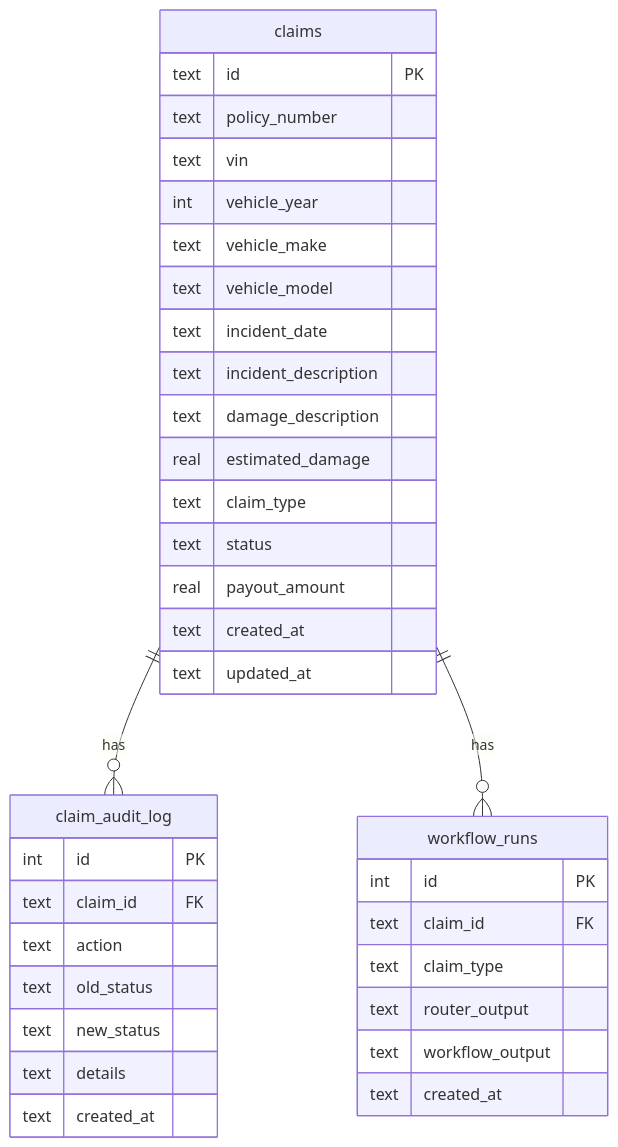
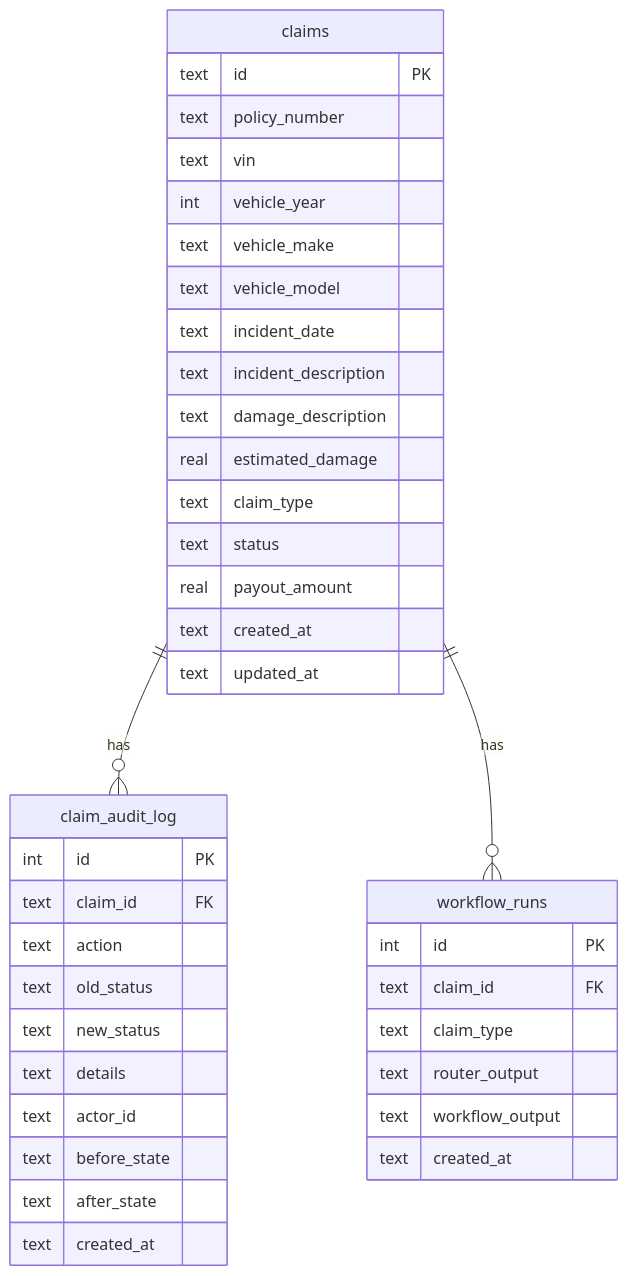
Before and after one commit to csmangum/auto-agent: the diagram in docs/database.md, drawn with Mermaid. The commit also changed other lines of this file and 10 other files, not shown here.

````diff
--- a/docs/database.md
+++ b/docs/database.md
@@ -15,42 +15,45 @@
 ```mermaid
 erDiagram
     claims ||--o{ claim_audit_log : "has"
     claims ||--o{ workflow_runs : "has"
     
     claims {
         text id PK
         text policy_number
         text vin
         int vehicle_year
         text vehicle_make
         text vehicle_model
         text incident_date
         text incident_description
         text damage_description
         real estimated_damage
         text claim_type
         text status
         real payout_amount
         text created_at
         text updated_at
     }
     
     claim_audit_log {
         int id PK
         text claim_id FK
         text action
         text old_status
         text new_status
         text details
+        text actor_id
+        text before_state
+        text after_state
         text created_at
     }
     
     workflow_runs {
         int id PK
         text claim_id FK
         text claim_type
         text router_output
         text workflow_output
         text created_at
     }
 ```
````
